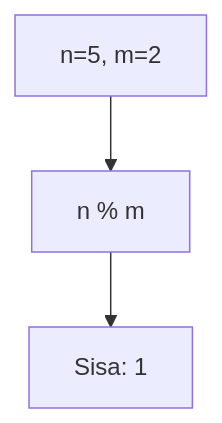
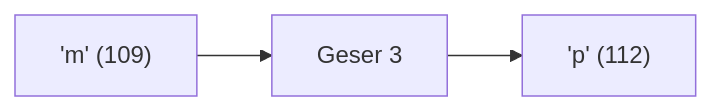
One commit to amnahwaida/OSNK_INF_PREP changed the third of 25 diagrams in part-c-pemahaman-cpp/01-tipe-data/latihan/set-10.md. Above: the diagram before and after it, drawn with Mermaid. The commit also changed other lines of this file and 71 other files, not shown here.

````diff
--- a/part-c-pemahaman-cpp/01-tipe-data/latihan/set-10.md
+++ b/part-c-pemahaman-cpp/01-tipe-data/latihan/set-10.md
@@ -104,5 +77,5 @@
 ```mermaid
-graph TD
-A["n=5, m=2"] --> B["n % m"]
-B --> C["Sisa: 1"]
+graph LR
+A["'m' (109)"] --> B["Geser 3"]
+B --> C["'p' (112)"]
 ```
````
